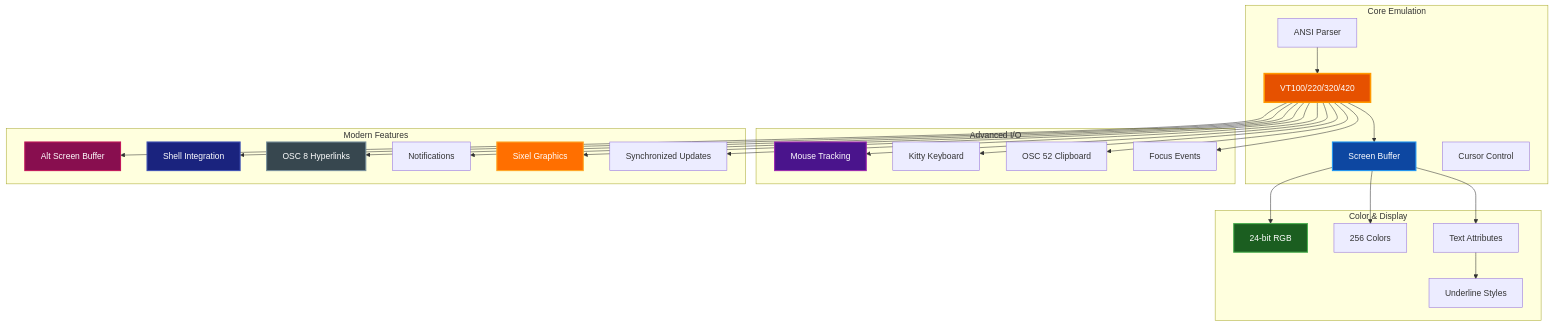
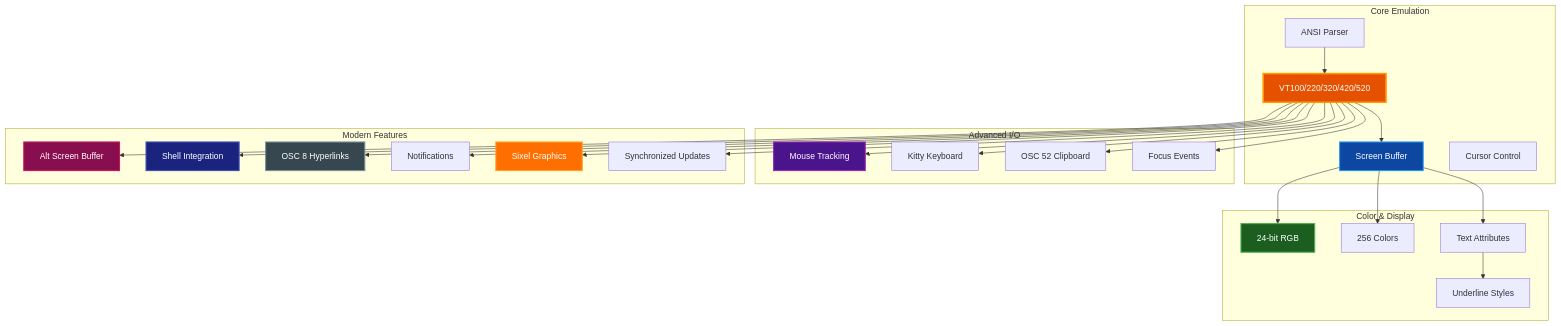
One commit to paulrobello/par-term-emu-core-rust changed the diagram in docs/ADVANCED_FEATURES.md. Above: the diagram before and after it, drawn with Mermaid. The commit also changed other lines of this file and 10 other files, not shown here.

````diff
--- a/docs/ADVANCED_FEATURES.md
+++ b/docs/ADVANCED_FEATURES.md
@@ -36,60 +37,60 @@
 ```mermaid
 graph TB
     subgraph "Core Emulation"
-        VT[VT100/220/320/420]
+        VT[VT100/220/320/420/520]
         Grid[Screen Buffer]
         Cursor[Cursor Control]
         Parser[ANSI Parser]
     end
 
     subgraph "Color & Display"
         TrueColor[24-bit RGB]
         Color256[256 Colors]
         Attrs[Text Attributes]
         Underline[Underline Styles]
     end
 
     subgraph "Advanced I/O"
         Mouse[Mouse Tracking]
         Keyboard[Kitty Keyboard]
         Clipboard[OSC 52 Clipboard]
         Focus[Focus Events]
     end
 
     subgraph "Modern Features"
         AltScreen[Alt Screen Buffer]
         Shell[Shell Integration]
         Links[OSC 8 Hyperlinks]
         Notify[Notifications]
         Sixel[Sixel Graphics]
         Sync[Synchronized Updates]
     end
 
     Parser --> VT
     VT --> Grid
     Grid --> TrueColor
     Grid --> Color256
     Grid --> Attrs
     Attrs --> Underline
 
     VT --> Mouse
     VT --> Keyboard
     VT --> Clipboard
     VT --> Focus
 
     VT --> AltScreen
     VT --> Shell
     VT --> Links
     VT --> Notify
     VT --> Sixel
     VT --> Sync
 
     style VT fill:#e65100,stroke:#ff9800,stroke-width:3px,color:#ffffff
     style Grid fill:#0d47a1,stroke:#2196f3,stroke-width:2px,color:#ffffff
     style TrueColor fill:#1b5e20,stroke:#4caf50,stroke-width:2px,color:#ffffff
     style Mouse fill:#4a148c,stroke:#9c27b0,stroke-width:2px,color:#ffffff
     style AltScreen fill:#880e4f,stroke:#c2185b,stroke-width:2px,color:#ffffff
     style Shell fill:#1a237e,stroke:#3f51b5,stroke-width:2px,color:#ffffff
     style Links fill:#37474f,stroke:#78909c,stroke-width:2px,color:#ffffff
     style Sixel fill:#ff6f00,stroke:#ffa726,stroke-width:2px,color:#ffffff
 ```
````
